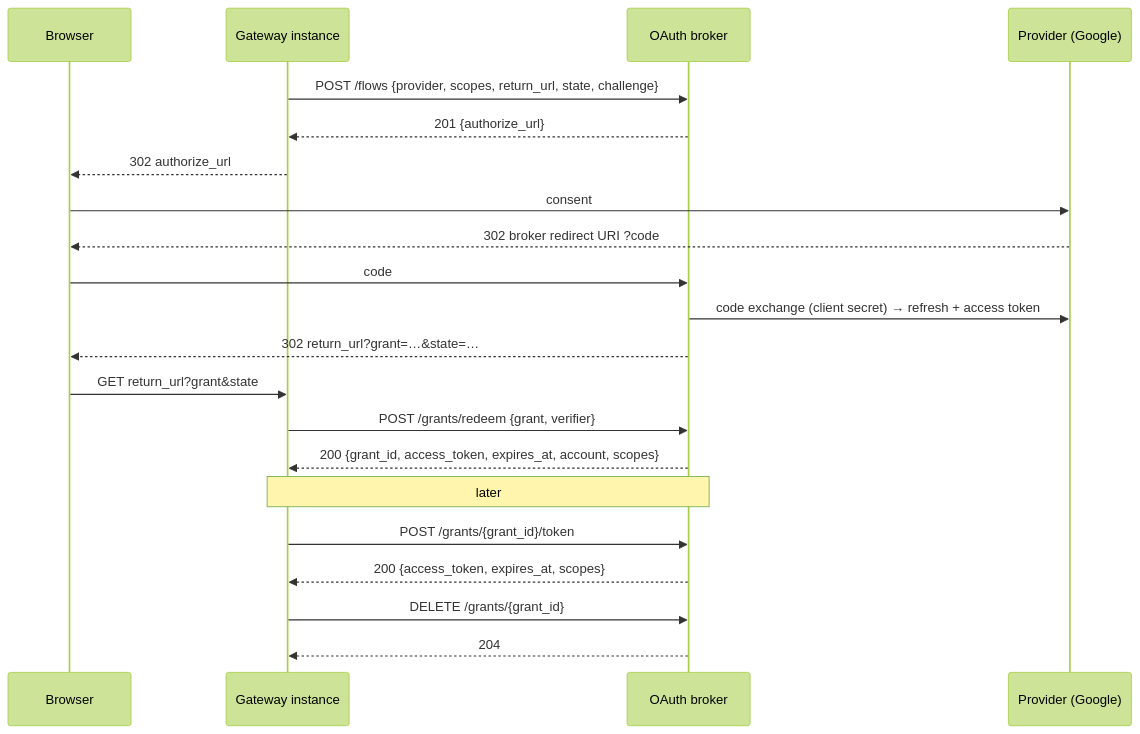
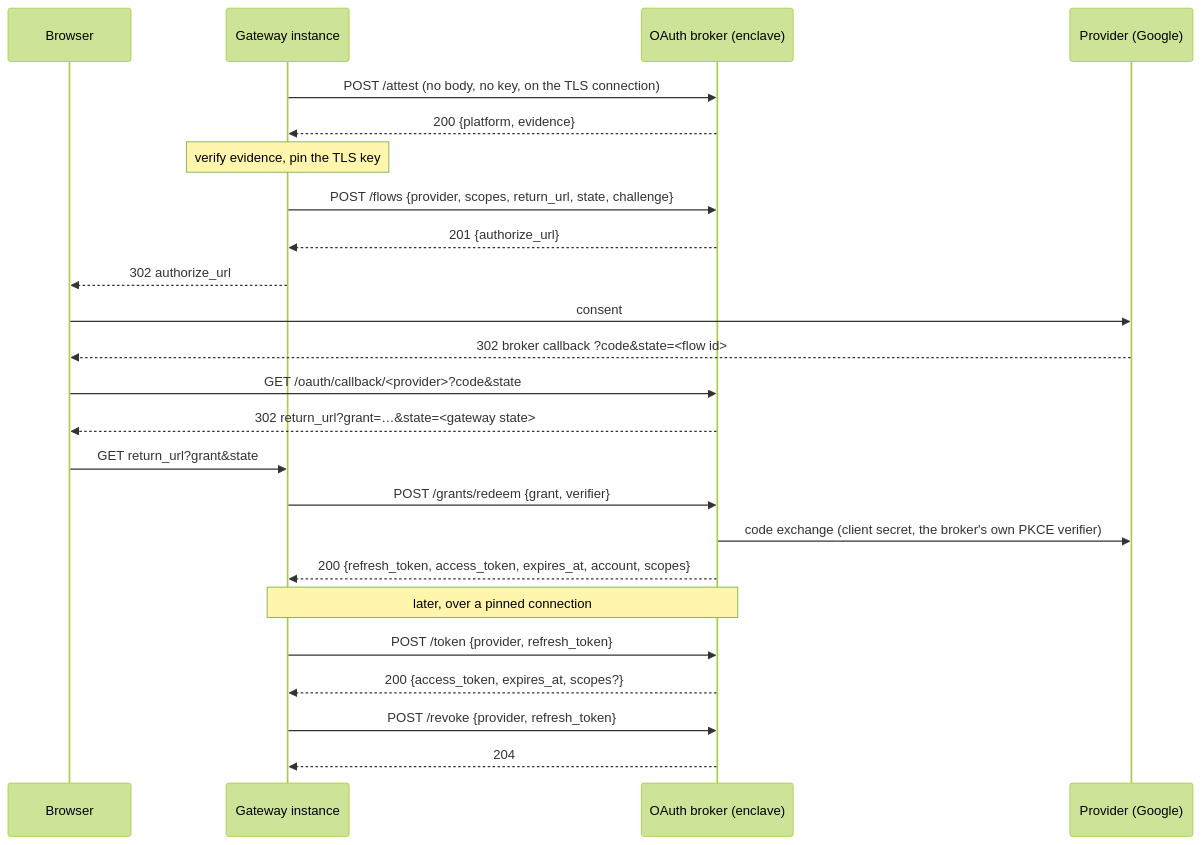
Before and after one commit to vaubaan/gateway: the diagram in docs/handbook/oauth-broker-contract.md, drawn with Mermaid (forest theme). The commit also changed other lines of this file and 37 other files, not shown here.

First line of the commit message:
feat(oauth-broker): stateless broker contract and attested broker client (gateway side) (#137)

````diff
--- a/docs/handbook/oauth-broker-contract.md
+++ b/docs/handbook/oauth-broker-contract.md
@@ -43,23 +58,26 @@
 ```mermaid
 sequenceDiagram
   participant B as Browser
   participant G as Gateway instance
-  participant K as OAuth broker
+  participant K as OAuth broker (enclave)
   participant P as Provider (Google)
+  G->>K: POST /attest (no body, no key, on the TLS connection)
+  K-->>G: 200 {platform, evidence}
+  Note over G: verify evidence, pin the TLS key
   G->>K: POST /flows {provider, scopes, return_url, state, challenge}
   K-->>G: 201 {authorize_url}
   G-->>B: 302 authorize_url
   B->>P: consent
-  P-->>B: 302 broker redirect URI ?code
-  B->>K: code
-  K->>P: code exchange (client secret) → refresh + access token
-  K-->>B: 302 return_url?grant=…&state=…
+  P-->>B: 302 broker callback ?code&state=<flow id>
+  B->>K: GET /oauth/callback/<provider>?code&state
+  K-->>B: 302 return_url?grant=…&state=<gateway state>
   B->>G: GET return_url?grant&state
   G->>K: POST /grants/redeem {grant, verifier}
-  K-->>G: 200 {grant_id, access_token, expires_at, account, scopes}
-  Note over G,K: later
-  G->>K: POST /grants/{grant_id}/token
-  K-->>G: 200 {access_token, expires_at, scopes}
-  G->>K: DELETE /grants/{grant_id}
+  K->>P: code exchange (client secret, the broker's own PKCE verifier)
+  K-->>G: 200 {refresh_token, access_token, expires_at, account, scopes}
+  Note over G,K: later, over a pinned connection
+  G->>K: POST /token {provider, refresh_token}
+  K-->>G: 200 {access_token, expires_at, scopes?}
+  G->>K: POST /revoke {provider, refresh_token}
   K-->>G: 204
 ```
````
